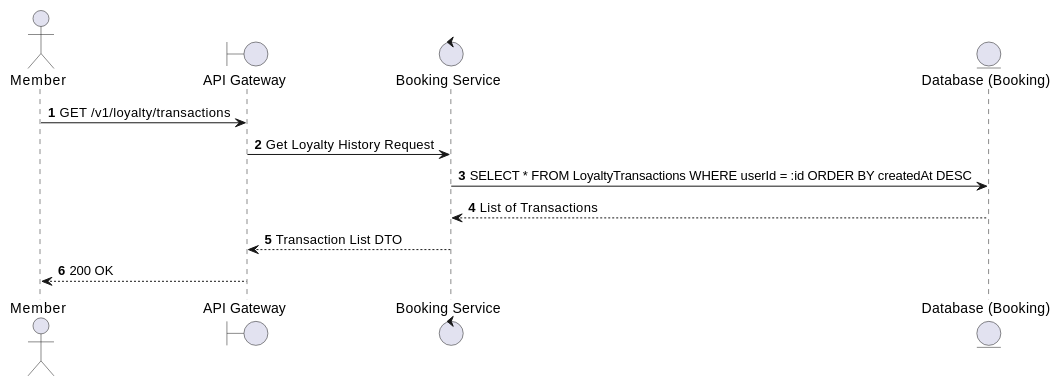
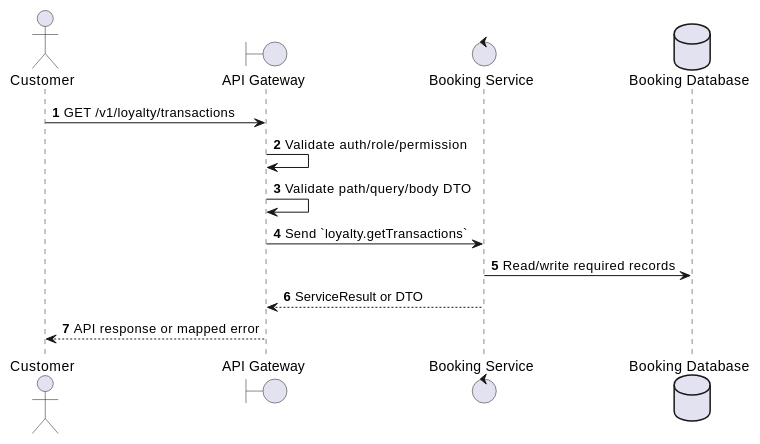
One commit to Tanh1603/movie-hub-architecture changed the first of 2 diagrams in docs/functional_specs/3.11_Loyalty_Points_Module/LY-02_Get_Transaction_History.md. Above: the diagram before and after it, drawn with PlantUML. The commit also changed other lines of this file and 126 other files, not shown here.

````diff
--- a/docs/functional_specs/3.11_Loyalty_Points_Module/LY-02_Get_Transaction_History.md
+++ b/docs/functional_specs/3.11_Loyalty_Points_Module/LY-02_Get_Transaction_History.md
@@ -17,16 +17,17 @@
 ```plantuml
 @startuml
 autonumber
-actor Member
+actor "Customer" as Actor
 boundary "API Gateway" as GW
-control "Booking Service" as BS
-entity "Database (Booking)" as DB
+control "Booking Service" as SVC
+database "Booking Database" as DB
 
-Member -> GW: GET /v1/loyalty/transactions
-GW -> BS: Get Loyalty History Request
-BS -> DB: SELECT * FROM LoyaltyTransactions WHERE userId = :id ORDER BY createdAt DESC
-DB --> BS: List of Transactions
-BS --> GW: Transaction List DTO
-GW --> Member: 200 OK
+Actor -> GW: GET /v1/loyalty/transactions
+GW -> GW: Validate auth/role/permission
+GW -> GW: Validate path/query/body DTO
+GW -> SVC: Send `loyalty.getTransactions`
+SVC -> DB: Read/write required records
+SVC --> GW: ServiceResult or DTO
+GW --> Actor: API response or mapped error
 @enduml
 ```
````
